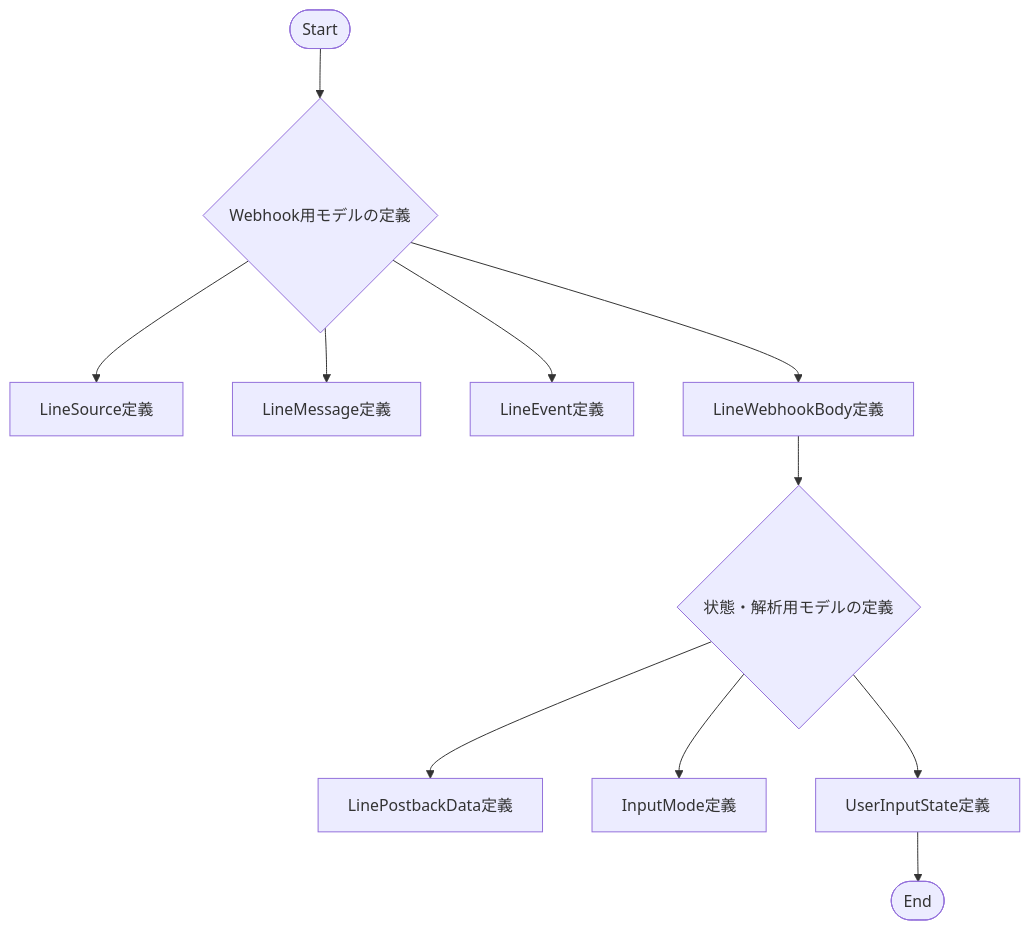
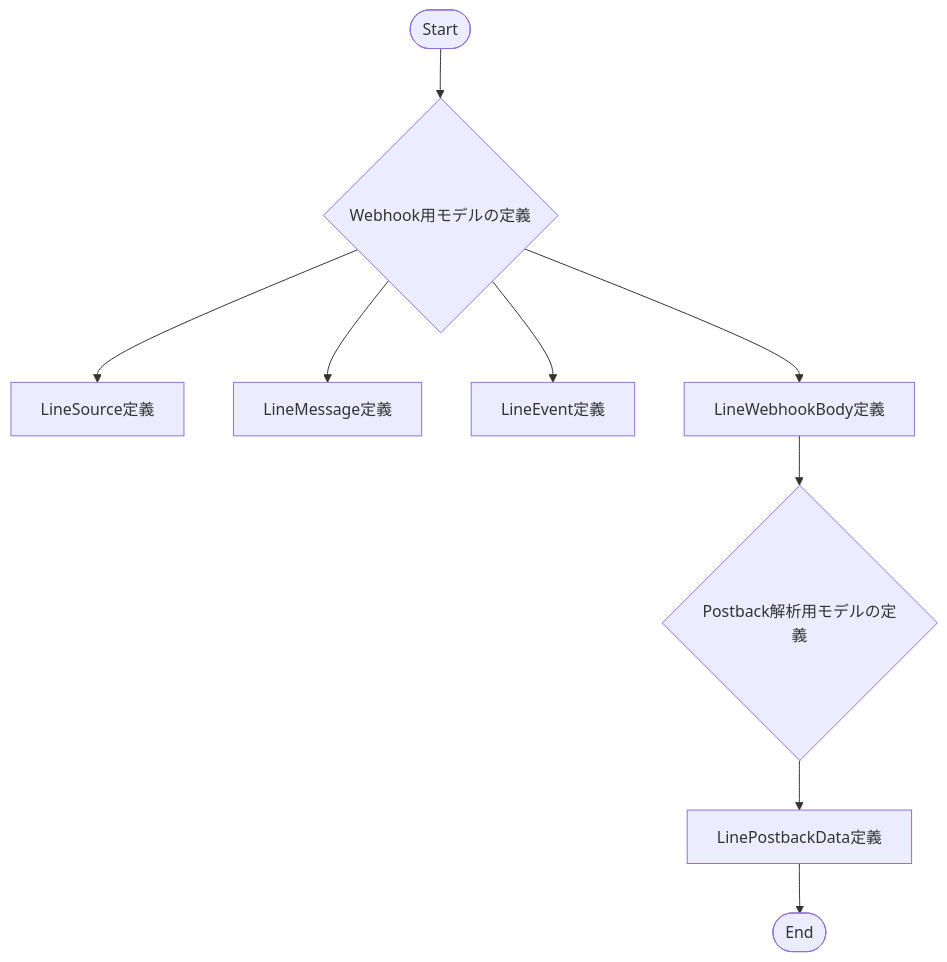
Before and after one commit to mmtigers/my_python_project: the first of 2 diagrams in docs/specifications/MY_HOME_SYSTEM/line.md, drawn with Mermaid. The commit also changed other lines of this file and 47 other files, not shown here.

````diff
--- a/docs/specifications/MY_HOME_SYSTEM/line.md
+++ b/docs/specifications/MY_HOME_SYSTEM/line.md
@@ -203,16 +157,14 @@
 ```mermaid
 flowchart TD
     Start([Start]) --> DefineWebhookModels{Webhook用モデルの定義}
     DefineWebhookModels --> DefineLineSource["LineSource定義"]
     DefineWebhookModels --> DefineLineMessage["LineMessage定義"]
     DefineWebhookModels --> DefineLineEvent["LineEvent定義"]
     DefineWebhookModels --> DefineLineWebhookBody["LineWebhookBody定義"]
     
-    DefineLineWebhookBody --> DefinePostbackModels{状態・解析用モデルの定義}
+    DefineLineWebhookBody --> DefinePostbackModels{Postback解析用モデルの定義}
     DefinePostbackModels --> DefineLinePostbackData["LinePostbackData定義"]
-    DefinePostbackModels --> DefineInputMode["InputMode定義"]
-    DefinePostbackModels --> DefineUserInputState["UserInputState定義"]
     
-    DefineUserInputState --> End([End])
+    DefineLinePostbackData --> End([End])
 
 ```
````
